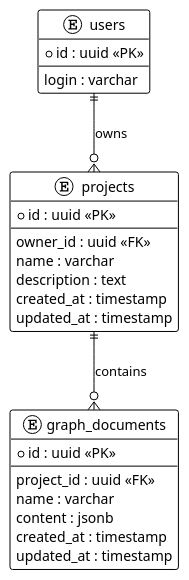
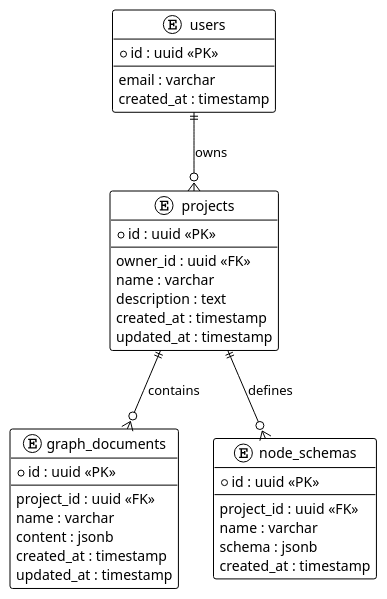
The diagram in DB scheme.md (kalane15/GraphForge), drawn with PlantUML before and after one commit. The commit also changed 2 other files, not shown here.

Commit message:
Add db sheme, add api draft (#1)
* d

* ы

* Create db_sheme.png

* Update api.md

```diff
--- a/DB scheme.md
+++ b/DB scheme.md
@@ -1,39 +1,50 @@
 @startuml
 !theme plain
 
 hide methods
 hide stereotypes
 
 entity "users" as users {
     * id : uuid <<PK>>
     --
-    login : varchar
+    email : varchar
+    created_at : timestamp
 }
 
 entity "projects" as projects {
     * id : uuid <<PK>>
     --
     owner_id : uuid <<FK>>
     name : varchar
     description : text
     created_at : timestamp
     updated_at : timestamp
 }
 
 entity "graph_documents" as graphs {
     * id : uuid <<PK>>
     --
     project_id : uuid <<FK>>
     name : varchar
     content : jsonb
     created_at : timestamp
     updated_at : timestamp
 }
 
+entity "node_schemas" as schemas {
+    * id : uuid <<PK>>
+    --
+    project_id : uuid <<FK>>
+    name : varchar
+    schema : jsonb
+    created_at : timestamp
+}
+
 users ||--o{ projects : owns
 
 projects ||--o{ graphs : contains
 
+projects ||--o{ schemas : defines
 
 
 @enduml
```
